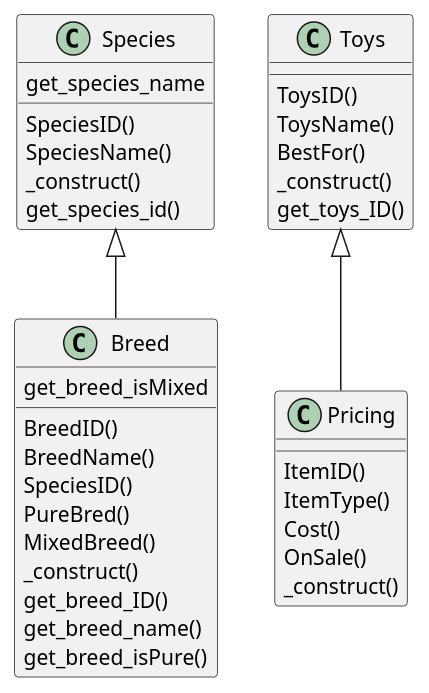
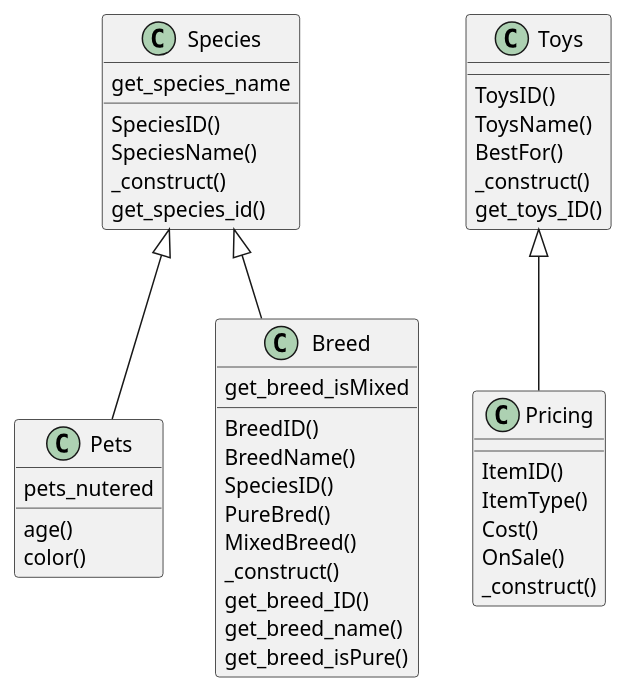
One commit to NiqueNat/block3-adv-web changed the diagram in project1/pet-store.puml. Above: the diagram before and after it, drawn with PlantUML. The commit also changed other lines of this file, not shown here.

Commit message:
added more info

```diff
--- a/project1/pet-store.puml
+++ b/project1/pet-store.puml
@@ -1,41 +1,52 @@
 @startuml
 
-class Species {
-  SpeciesID()
-  SpeciesName()
-  _construct()
-get_species_id()
-get_species_name
+class Pets{
+  age()
+  color()
+  pets_nutered
+
+}
+
+class Pets extends Species {
+
 }
 
 class Breed extends Species {
   BreedID()
   BreedName()
   SpeciesID()
   PureBred()
   MixedBreed()
 _construct()
 get_breed_ID()
 get_breed_name()
 get_breed_isPure()
 get_breed_isMixed
+}
+
+class Species {
+  SpeciesID()
+  SpeciesName()
+  _construct()
+get_species_id()
+get_species_name
 }
 
 class Toys {
   ToysID()
   ToysName()
   BestFor()
 _construct()
 get_toys_ID()
 }
 
 class Pricing extends Toys{
   ItemID()
   ItemType()
   Cost()
   OnSale()
 _construct()
 }
 
 
 @enduml
```
